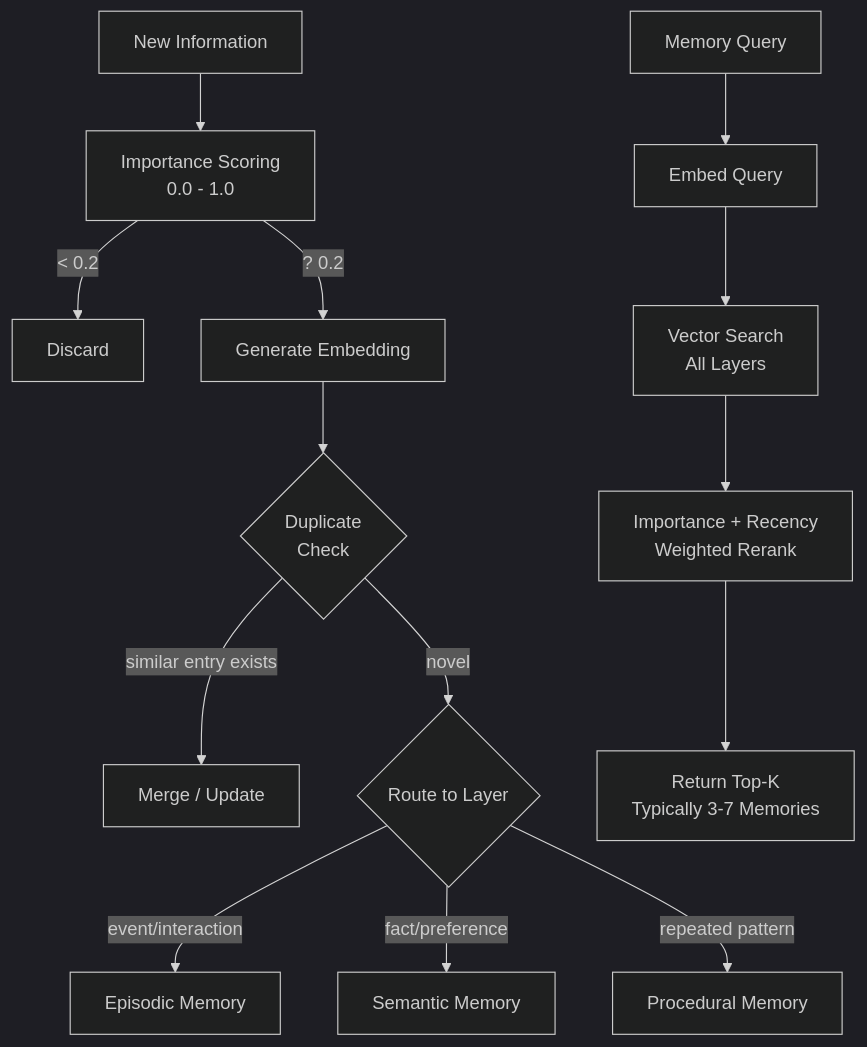
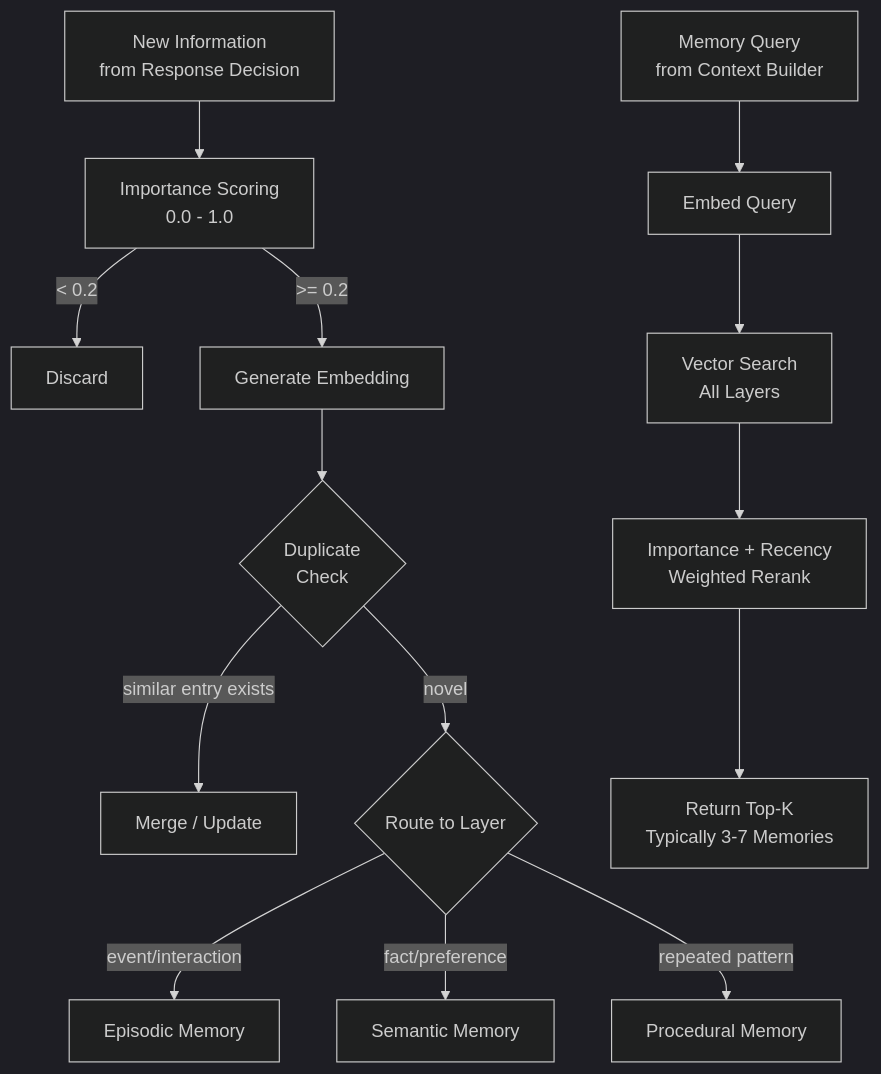
Before and after one commit to sandeep-sarma-24/jarvis: the first of 2 diagrams in docs/architecture/02-subsystems.md, drawn with Mermaid (dark theme). The commit also changed other lines of this file and 6 other files, not shown here.

First line of the commit message:
Phase 0: architecture corrections before Phase 1

````diff
--- a/docs/architecture/02-subsystems.md
+++ b/docs/architecture/02-subsystems.md
@@ -90,17 +124,17 @@
 ```mermaid
 flowchart TD
-    INPUT[New Information] --> SCORE[Importance Scoring<br/>0.0 - 1.0]
+    INPUT[New Information<br/>from Response Decision] --> SCORE[Importance Scoring<br/>0.0 - 1.0]
     SCORE -->|"< 0.2"| DISCARD[Discard]
-    SCORE -->|"? 0.2"| EMBED[Generate Embedding]
+    SCORE -->|">= 0.2"| EMBED[Generate Embedding]
     EMBED --> DEDUP{Duplicate<br/>Check}
     DEDUP -->|"similar entry exists"| MERGE[Merge / Update]
     DEDUP -->|"novel"| ROUTE{Route to Layer}
     ROUTE -->|"event/interaction"| EPISODIC[Episodic Memory]
     ROUTE -->|"fact/preference"| SEMANTIC[Semantic Memory]
     ROUTE -->|"repeated pattern"| PROCEDURAL[Procedural Memory]
 
-    QUERY[Memory Query] --> EMBED_Q[Embed Query]
+    QUERY[Memory Query<br/>from Context Builder] --> EMBED_Q[Embed Query]
     EMBED_Q --> SEARCH[Vector Search<br/>All Layers]
     SEARCH --> RERANK[Importance + Recency<br/>Weighted Rerank]
     RERANK --> TOP_K[Return Top-K<br/>Typically 3-7 Memories]
 ```
````
